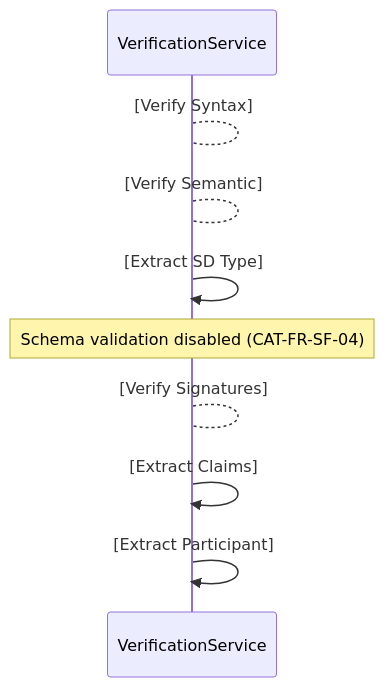
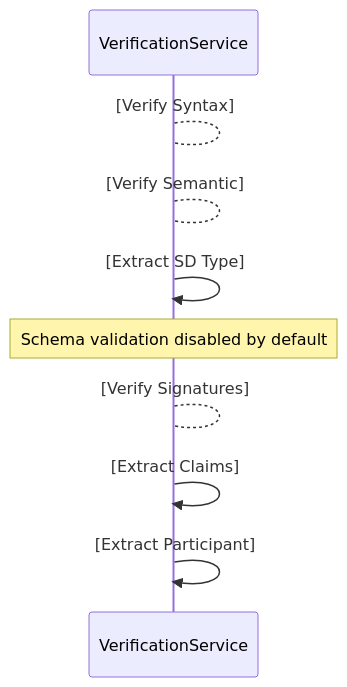
One commit to federated-catalogue-enhancements-2026/docs changed diagram 30 of 30 in federated-catalogue/src/docs/architecture/chapters/06_runtime_view.adoc. Above: the diagram before and after it, drawn with Mermaid. The commit also changed other lines of this file and 1 other file, not shown here.

First line of the commit message:
[CAT-FR-SF-04] adding description for refactoring

```diff
--- a/federated-catalogue/src/docs/architecture/chapters/06_runtime_view.adoc
+++ b/federated-catalogue/src/docs/architecture/chapters/06_runtime_view.adoc
@@ -894,11 +896,11 @@
 [mermaid, width=2000]
 ....
 sequenceDiagram
     VerificationService --> VerificationService:[Verify Syntax]
     VerificationService --> VerificationService:[Verify Semantic]
     VerificationService ->> VerificationService:[Extract SD Type]
-    Note over VerificationService: Schema validation disabled (CAT-FR-SF-04)
+    Note over VerificationService: Schema validation disabled by default
     VerificationService --> VerificationService:[Verify Signatures]
     VerificationService ->> VerificationService:[Extract Claims]
     VerificationService ->> VerificationService:[Extract Participant]
 ....
```
